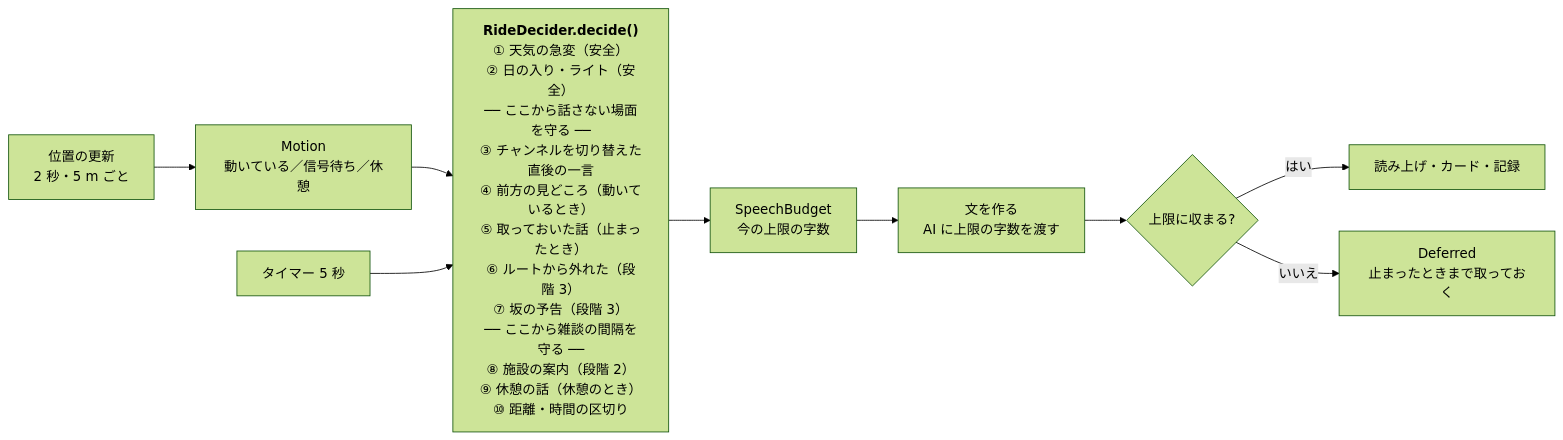
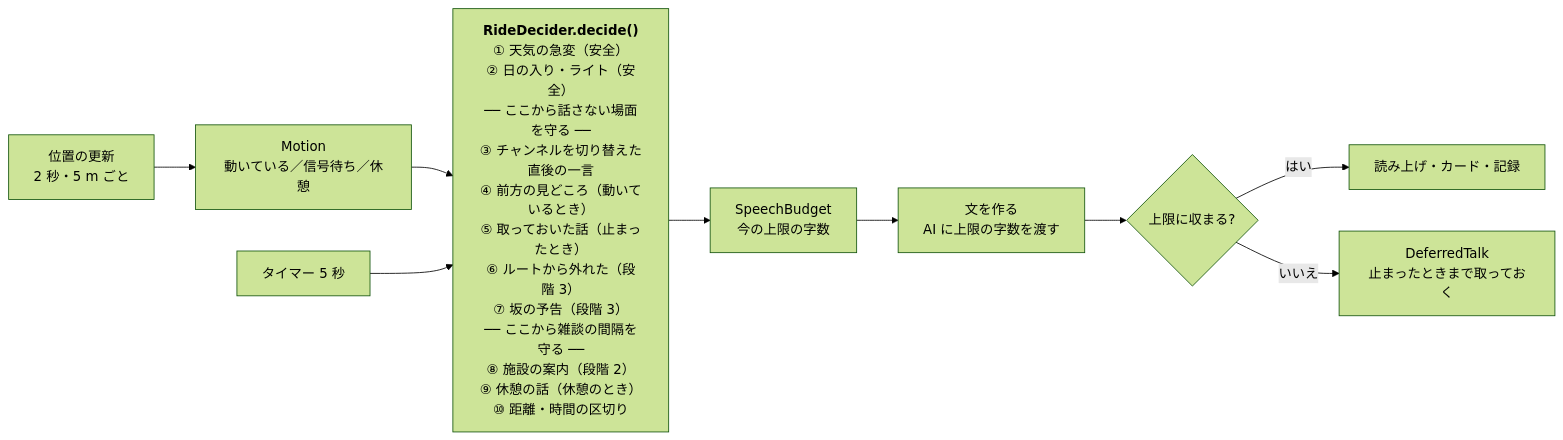
One commit to duwenji/yorisoi-cycleguide changed the second of 2 diagrams in docs/architecture.md. Above: the diagram before and after it, drawn with Mermaid (forest theme). The commit also changed other lines of this file and 14 other files, not shown here.

````diff
--- a/docs/architecture.md
+++ b/docs/architecture.md
@@ -58,12 +58,12 @@
 ```mermaid
 flowchart LR
   Loc["位置の更新<br/>2 秒・5 m ごと"] --> Motion
   Motion["Motion<br/>動いている／信号待ち／休憩"] --> Talk
   Tick["タイマー 5 秒"] --> Talk
   Talk["<b>RideDecider.decide()</b><br/>① 天気の急変（安全）<br/>② 日の入り・ライト（安全）<br/>── ここから話さない場面を守る ──<br/>③ チャンネルを切り替えた直後の一言<br/>④ 前方の見どころ（動いているとき）<br/>⑤ 取っておいた話（止まったとき）<br/>⑥ ルートから外れた（段階 3）<br/>⑦ 坂の予告（段階 3）<br/>── ここから雑談の間隔を守る ──<br/>⑧ 施設の案内（段階 2）<br/>⑨ 休憩の話（休憩のとき）<br/>⑩ 距離・時間の区切り"]
   Talk --> Budget["SpeechBudget<br/>今の上限の字数"]
   Budget --> Compose["文を作る<br/>AI に上限の字数を渡す"]
   Compose --> Fit{上限に収まる?}
   Fit -- はい --> Speak["読み上げ・カード・記録"]
-  Fit -- いいえ --> Deferred["Deferred<br/>止まったときまで取っておく"]
+  Fit -- いいえ --> Deferred["DeferredTalk<br/>止まったときまで取っておく"]
 ```
````
